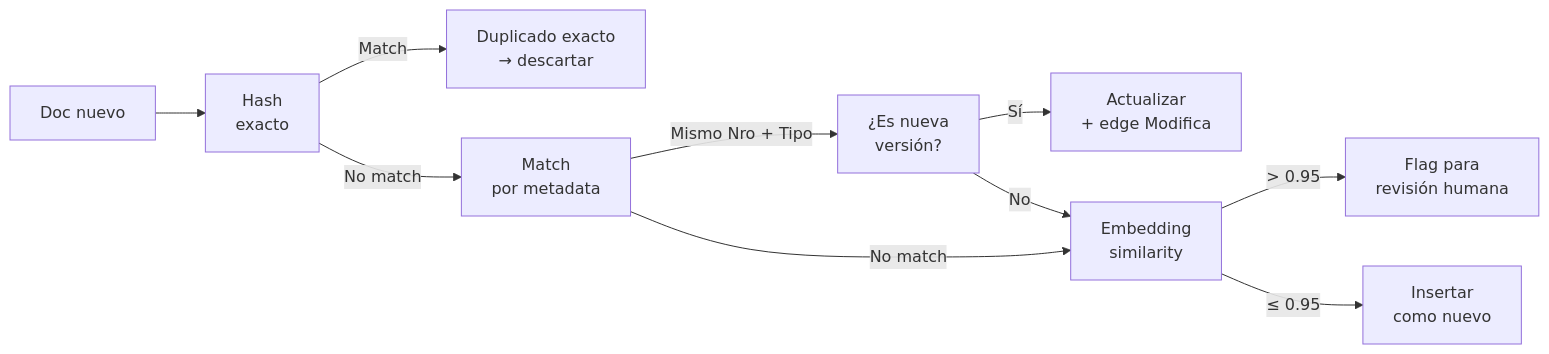
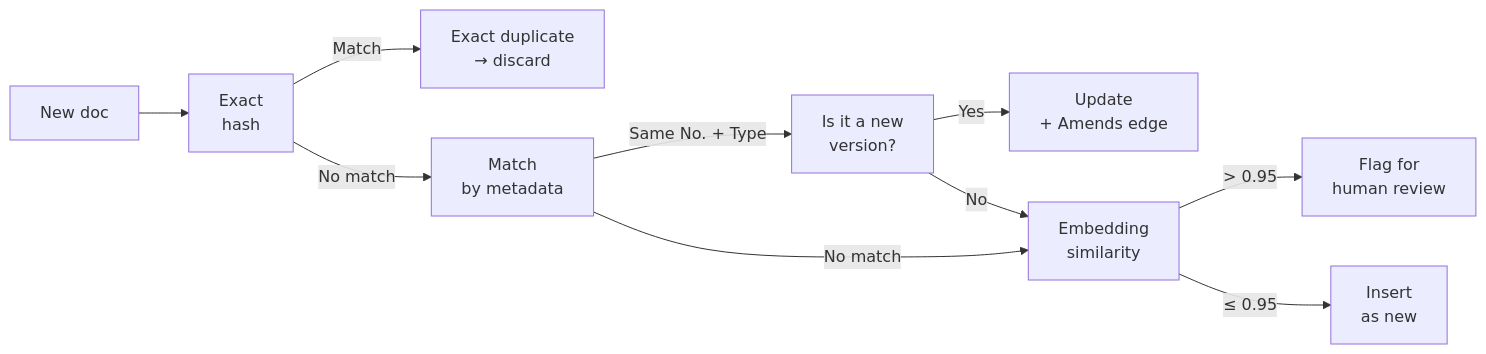
One commit to pablonux/legal-ai-ar changed the second of 2 diagrams in docs/technical/04-ingestion-processing.md. Above: the diagram before and after it, drawn with Mermaid. The commit also changed other lines of this file, not shown here.

````diff
--- a/docs/technical/04-ingestion-processing.md
+++ b/docs/technical/04-ingestion-processing.md
@@ -125,12 +127,12 @@
 ```mermaid
 flowchart LR
-    NEW[Doc nuevo] --> HASH[Hash<br/>exacto]
-    HASH -->|Match| DUP1[Duplicado exacto<br/>→ descartar]
-    HASH -->|No match| META[Match<br/>por metadata]
-    META -->|Mismo Nro + Tipo| VER[¿Es nueva<br/>versión?]
-    VER -->|Sí| UPDATE[Actualizar<br/>+ edge Modifica]
+    NEW[New doc] --> HASH[Exact<br/>hash]
+    HASH -->|Match| DUP1[Exact duplicate<br/>→ discard]
+    HASH -->|No match| META[Match<br/>by metadata]
+    META -->|Same No. + Type| VER[Is it a new<br/>version?]
+    VER -->|Yes| UPDATE[Update<br/>+ Amends edge]
     VER -->|No| SIM[Embedding<br/>similarity]
     META -->|No match| SIM
-    SIM -->|> 0.95| REVIEW[Flag para<br/>revisión humana]
-    SIM -->|≤ 0.95| INSERT[Insertar<br/>como nuevo]
+    SIM -->|> 0.95| REVIEW[Flag for<br/>human review]
+    SIM -->|≤ 0.95| INSERT[Insert<br/>as new]
 ```
````
